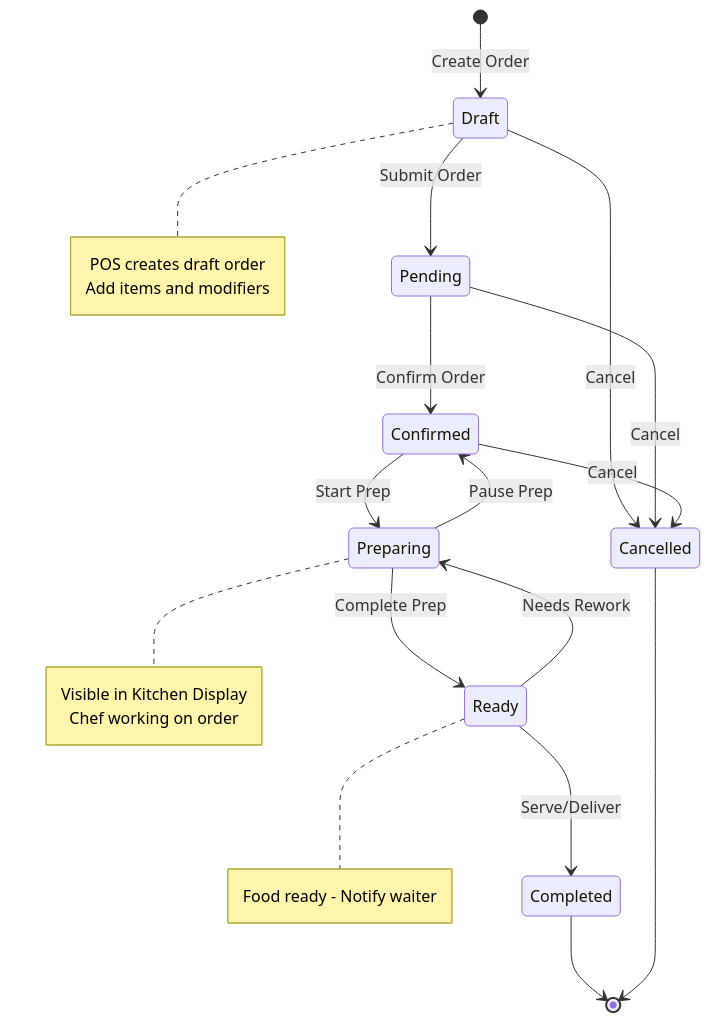
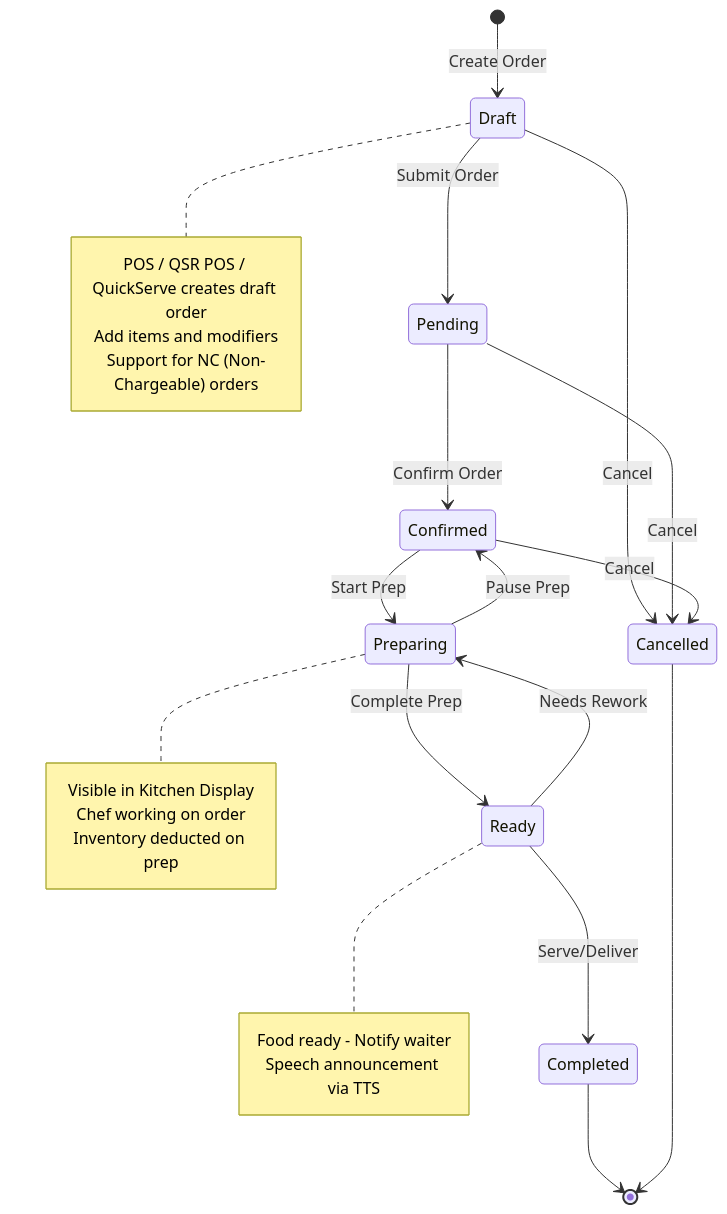
One commit to sudipjangam/tasty-bite-harbor changed the sixth of 26 diagrams in docs/ARCHITECTURE_DEV.md. Above: the diagram before and after it, drawn with Mermaid. The commit also changed other lines of this file and 6 other files, not shown here.

Commit message:
feat: Add comprehensive platform user guide, architecture documentation, and an About section component, alongside dependency updates.

````diff
--- a/docs/ARCHITECTURE_DEV.md
+++ b/docs/ARCHITECTURE_DEV.md
@@ -349,36 +446,39 @@
 ```mermaid
 stateDiagram-v2
     [*] --> Draft: Create Order
     
     Draft --> Pending: Submit Order
     Draft --> Cancelled: Cancel
     
     Pending --> Confirmed: Confirm Order
     Pending --> Cancelled: Cancel
     
     Confirmed --> Preparing: Start Prep
     Confirmed --> Cancelled: Cancel
     
     Preparing --> Ready: Complete Prep
     Preparing --> Confirmed: Pause Prep
     
     Ready --> Completed: Serve/Deliver
     Ready --> Preparing: Needs Rework
     
     Completed --> [*]
     Cancelled --> [*]
     
     note right of Draft
-        POS creates draft order
+        POS / QSR POS / QuickServe creates draft order
         Add items and modifiers
+        Support for NC (Non-Chargeable) orders
     end note
     
     note right of Preparing
         Visible in Kitchen Display
         Chef working on order
+        Inventory deducted on prep
     end note
     
     note right of Ready
         Food ready - Notify waiter
+        Speech announcement via TTS
     end note
 ```
````
